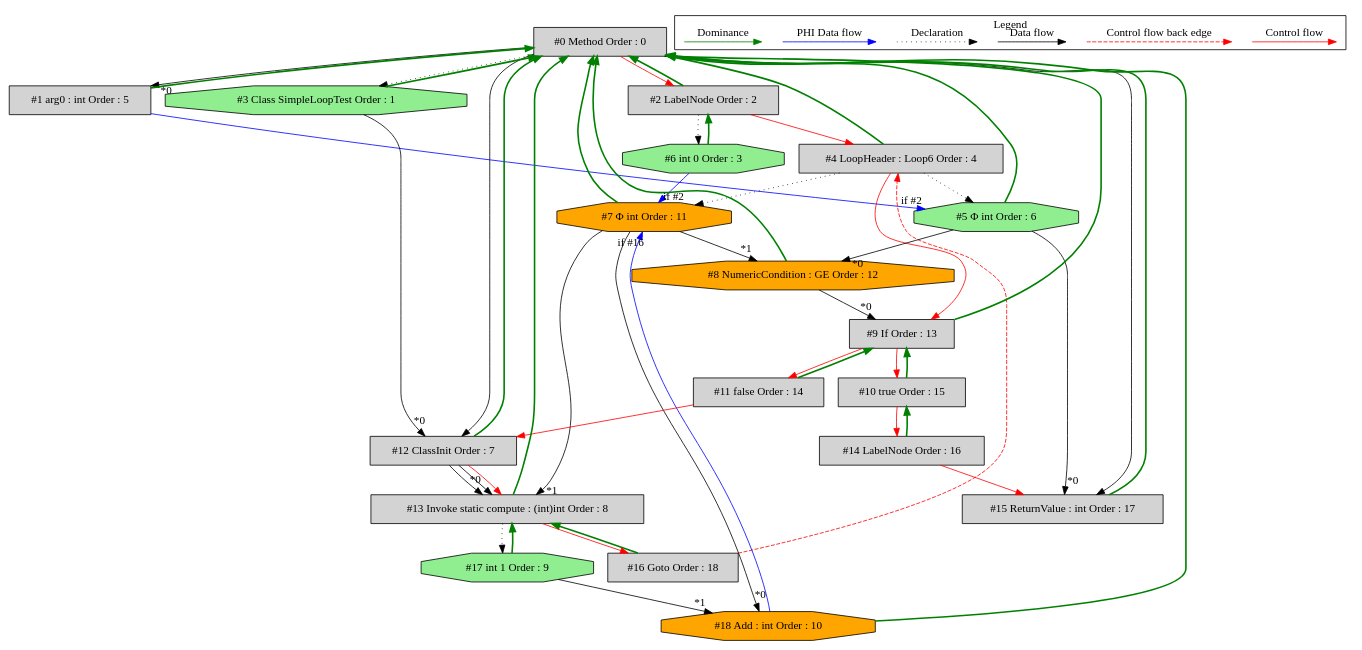
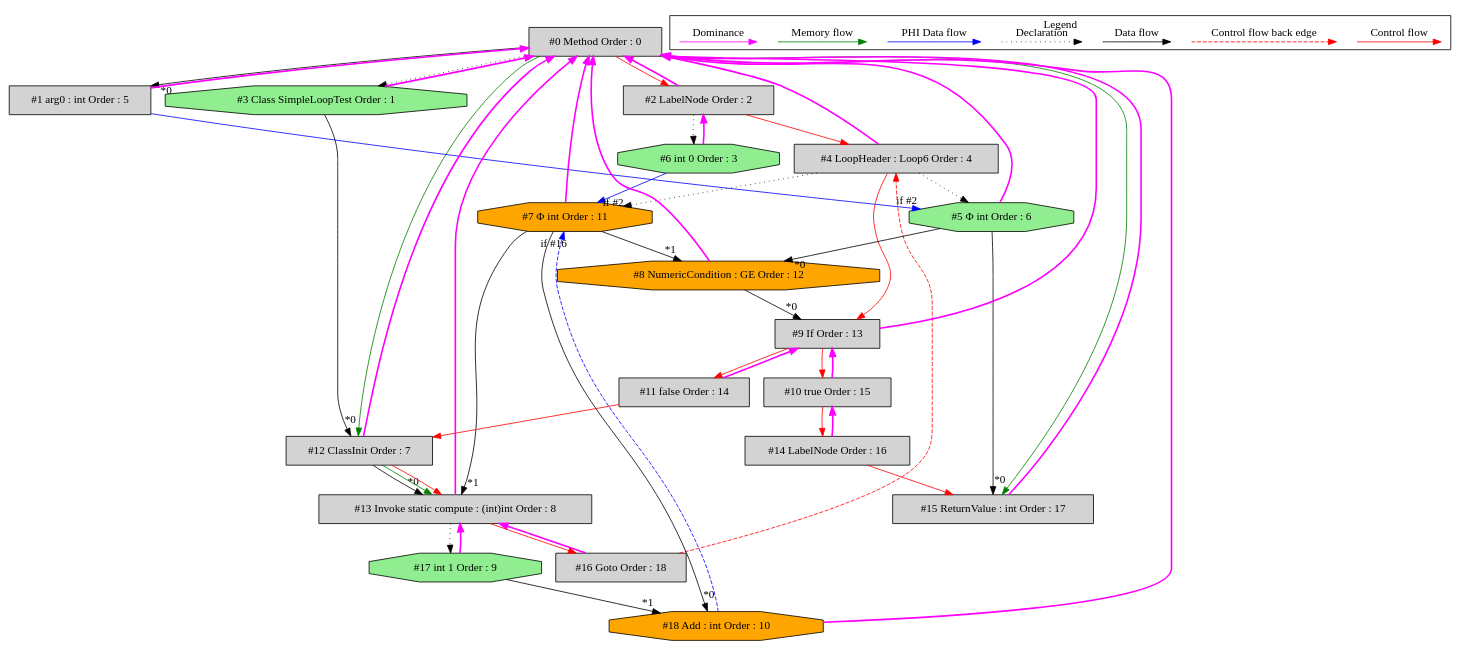
One commit to mirkosertic/MetaIR changed the diagram in de.mirkosertic.metair.ir.examples.SimpleLoopTest/forLoop/ir_dominatortree.dot. Above: the diagram before and after it, drawn with Graphviz. The commit also changed 1502 other files, not shown here.

```diff
--- a/de.mirkosertic.metair.ir.examples.SimpleLoopTest/forLoop/ir_dominatortree.dot
+++ b/de.mirkosertic.metair.ir.examples.SimpleLoopTest/forLoop/ir_dominatortree.dot
@@ -1,98 +1,101 @@
 digraph debugoutput {
  ordering="in";
  node0[label="#0 Method Order : 0",shape=box, fillcolor=lightgrey, style=filled];
  node1[label="#1 arg0 : int Order : 5",shape=box, fillcolor=lightgrey, style=filled];
- node1 -> node0[dir="forward" color="green" penwidth="2"];
+ node1 -> node0[dir="forward" color="fuchsia" penwidth="2"];
  node0 -> node1[headlabel="*0", labeldistance=2];
  node2[label="#2 LabelNode Order : 2",shape=box, fillcolor=lightgrey, style=filled];
- node2 -> node0[dir="forward" color="green" penwidth="2"];
+ node2 -> node0[dir="forward" color="fuchsia" penwidth="2"];
  node0 -> node2[labeldistance=2, color=red, fontcolor=red];
  node3[label="#3 Class SimpleLoopTest Order : 1",shape=octagon, fillcolor=lightgreen, style=filled];
- node3 -> node0[dir="forward" color="green" penwidth="2"];
+ node3 -> node0[dir="forward" color="fuchsia" penwidth="2"];
  node0 -> node3[style=dotted];
  node4[label="#4 LoopHeader : Loop6 Order : 4",shape=box, fillcolor=lightgrey, style=filled];
- node4 -> node0[dir="forward" color="green" penwidth="2"];
+ node4 -> node0[dir="forward" color="fuchsia" penwidth="2"];
  node2 -> node4[labeldistance=2, color=red, fontcolor=red];
  node16 -> node4[labeldistance=2, color=red, fontcolor=red, style=dashed];
  node5[label="#5 Φ int Order : 6",shape=octagon, fillcolor=lightgreen, style=filled];
- node5 -> node0[dir="forward" color="green" penwidth="2"];
+ node5 -> node0[dir="forward" color="fuchsia" penwidth="2"];
  node4 -> node5[style=dotted];
  node1 -> node5[headlabel="if #2", labeldistance=2, color=blue, constraint=false];
  node6[label="#6 int 0 Order : 3",shape=octagon, fillcolor=lightgreen, style=filled];
- node6 -> node2[dir="forward" color="green" penwidth="2"];
+ node6 -> node2[dir="forward" color="fuchsia" penwidth="2"];
  node2 -> node6[style=dotted];
  node7[label="#7 Φ int Order : 11",shape=octagon, fillcolor=orange, style=filled];
- node7 -> node0[dir="forward" color="green" penwidth="2"];
+ node7 -> node0[dir="forward" color="fuchsia" penwidth="2"];
  node4 -> node7[style=dotted];
  node6 -> node7[headlabel="if #2", labeldistance=2, color=blue, constraint=false];
- node18 -> node7[headlabel="if #16", labeldistance=2, color=blue, constraint=false];
+ node18 -> node7[headlabel="if #16", labeldistance=2, color=blue, constraint=false, style=dashed];
  node8[label="#8 NumericCondition : GE Order : 12",shape=octagon, fillcolor=orange, style=filled];
- node8 -> node0[dir="forward" color="green" penwidth="2"];
+ node8 -> node0[dir="forward" color="fuchsia" penwidth="2"];
  node5 -> node8[headlabel="*0", labeldistance=2];
  node7 -> node8[headlabel="*1", labeldistance=2];
  node9[label="#9 If Order : 13",shape=box, fillcolor=lightgrey, style=filled];
- node9 -> node0[dir="forward" color="green" penwidth="2"];
+ node9 -> node0[dir="forward" color="fuchsia" penwidth="2"];
  node8 -> node9[headlabel="*0", labeldistance=2];
  node4 -> node9[labeldistance=2, color=red, fontcolor=red];
  node10[label="#10 true Order : 15",shape=box, fillcolor=lightgrey, style=filled];
- node10 -> node9[dir="forward" color="green" penwidth="2"];
+ node10 -> node9[dir="forward" color="fuchsia" penwidth="2"];
  node9 -> node10[labeldistance=2, color=red, fontcolor=red];
  node11[label="#11 false Order : 14",shape=box, fillcolor=lightgrey, style=filled];
- node11 -> node9[dir="forward" color="green" penwidth="2"];
+ node11 -> node9[dir="forward" color="fuchsia" penwidth="2"];
  node9 -> node11[labeldistance=2, color=red, fontcolor=red];
  node12[label="#12 ClassInit Order : 7",shape=box, fillcolor=lightgrey, style=filled];
- node12 -> node0[dir="forward" color="green" penwidth="2"];
+ node12 -> node0[dir="forward" color="fuchsia" penwidth="2"];
  node3 -> node12[headlabel="*0", labeldistance=2];
- node0 -> node12;
+ node0 -> node12[labeldistance=2, color=green, constraint=false];
  node11 -> node12[labeldistance=2, color=red, fontcolor=red];
  node13[label="#13 Invoke static compute : (int)int Order : 8",shape=box, fillcolor=lightgrey, style=filled];
- node13 -> node0[dir="forward" color="green" penwidth="2"];
+ node13 -> node0[dir="forward" color="fuchsia" penwidth="2"];
  node12 -> node13[headlabel="*0", labeldistance=2];
  node7 -> node13[headlabel="*1", labeldistance=2];
- node12 -> node13;
+ node12 -> node13[labeldistance=2, color=green, constraint=false];
  node12 -> node13[labeldistance=2, color=red, fontcolor=red];
  node14[label="#14 LabelNode Order : 16",shape=box, fillcolor=lightgrey, style=filled];
- node14 -> node10[dir="forward" color="green" penwidth="2"];
+ node14 -> node10[dir="forward" color="fuchsia" penwidth="2"];
  node10 -> node14[labeldistance=2, color=red, fontcolor=red];
  node15[label="#15 ReturnValue : int Order : 17",shape=box, fillcolor=lightgrey, style=filled];
- node15 -> node0[dir="forward" color="green" penwidth="2"];
+ node15 -> node0[dir="forward" color="fuchsia" penwidth="2"];
  node5 -> node15[headlabel="*0", labeldistance=2];
  node14 -> node15[labeldistance=2, color=red, fontcolor=red];
- node0 -> node15;
+ node0 -> node15[labeldistance=2, color=green, constraint=false];
  node16[label="#16 Goto Order : 18",shape=box, fillcolor=lightgrey, style=filled];
- node16 -> node13[dir="forward" color="green" penwidth="2"];
+ node16 -> node13[dir="forward" color="fuchsia" penwidth="2"];
  node13 -> node16[labeldistance=2, color=red, fontcolor=red];
  node17[label="#17 int 1 Order : 9",shape=octagon, fillcolor=lightgreen, style=filled];
- node17 -> node13[dir="forward" color="green" penwidth="2"];
+ node17 -> node13[dir="forward" color="fuchsia" penwidth="2"];
  node13 -> node17[style=dotted];
  node18[label="#18 Add : int Order : 10",shape=octagon, fillcolor=orange, style=filled];
- node18 -> node0[dir="forward" color="green" penwidth="2"];
+ node18 -> node0[dir="forward" color="fuchsia" penwidth="2"];
  node7 -> node18[headlabel="*0", labeldistance=2];
  node17 -> node18[headlabel="*1", labeldistance=2];
  subgraph cluster_000 {
   label = "Legend";
   node [shape=point]
   {
    rank=same;
    c0 [style = invis];
    c1 [style = invis];
    c2 [style = invis];
    c3 [style = invis];
    d0 [style = invis];
    d1 [style = invis];
    d2 [style = invis];
    d3 [style = invis];
    d4 [style = invis];
    d5 [style = invis];
    d6 [style = invis];
    d7 [style = invis];
+   d8 [style = invis];
+   d9 [style = invis];
   }
   c0 -> c1 [label="Control flow", style=solid, color=red]
   c2 -> c3 [label="Control flow back edge", style=dashed, color=red]
   d0 -> d1 [label="Data flow"]
   d2 -> d3 [label="Declaration", style=dotted]
   d4 -> d5 [label="PHI Data flow", color=blue]
-  d6 -> d7 [label="Dominance", color=green]
+  d6 -> d7 [label="Memory flow", color=green]
+  d8 -> d9 [label="Dominance", color=fuchsia, style=solid]
  }
 
 }
```
